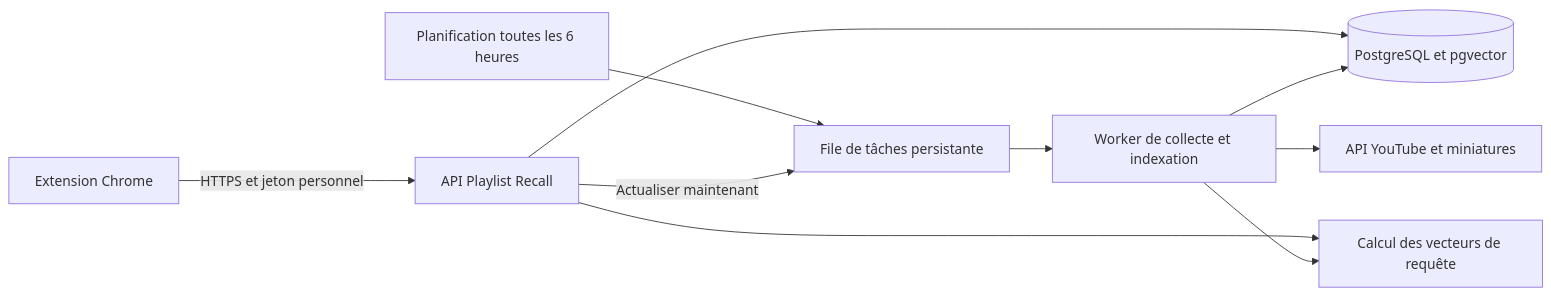
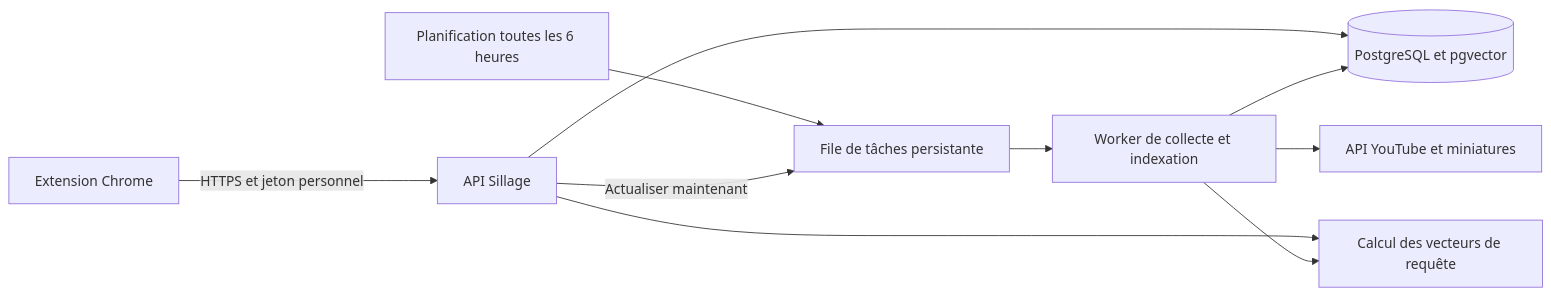
One commit to stoa-solutions/sillage changed the diagram in docs/history/specs/2026-10-07-server-search-design.md. Above: the diagram before and after it, drawn with Mermaid. The commit also changed other lines of this file and 345 other files, not shown here.

````diff
--- a/docs/history/specs/2026-10-07-server-search-design.md
+++ b/docs/history/specs/2026-10-07-server-search-design.md
@@ -35,12 +35,12 @@
 ```mermaid
 flowchart LR
-  E[Extension Chrome] -->|HTTPS et jeton personnel| A[API Playlist Recall]
+  E[Extension Chrome] -->|HTTPS et jeton personnel| A[API Sillage]
   A --> D[(PostgreSQL et pgvector)]
   S[Planification toutes les 6 heures] --> J[File de tâches persistante]
   A -->|Actualiser maintenant| J
   J --> W[Worker de collecte et indexation]
   W --> Y[API YouTube et miniatures]
   W --> D
   A --> M[Calcul des vecteurs de requête]
   W --> M
 ```
````
